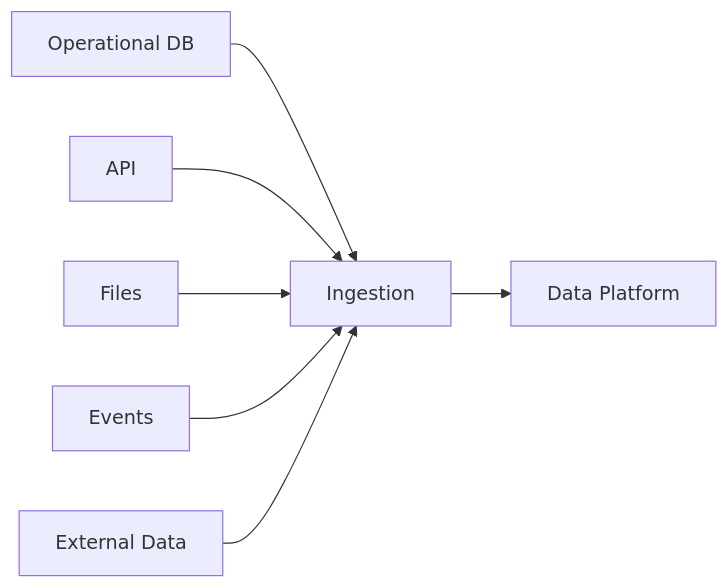
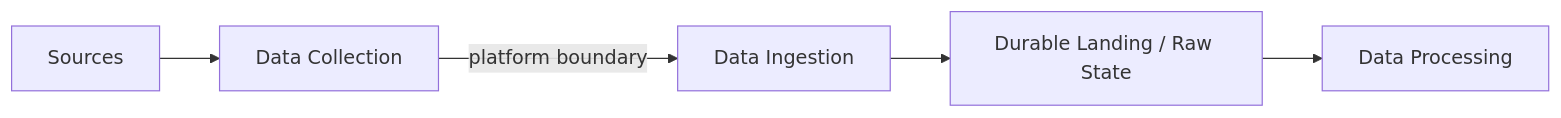
Before and after one commit to skitazaki/notes-with-ai: the diagram in content/docs/data/engineering/ingestion/_index.md, drawn with Mermaid. The commit also changed other lines of this file and 5 other files, not shown here.

Commit message:
Clarify data collection and ingestion boundaries

````diff
--- a/content/docs/data/engineering/ingestion/_index.md
+++ b/content/docs/data/engineering/ingestion/_index.md
@@ -11,9 +13,7 @@
 ```mermaid
 flowchart LR
-  DB["Operational DB"] --> Ingestion
-  API --> Ingestion
-  Files --> Ingestion
-  Events --> Ingestion
-  External["External Data"] --> Ingestion
-  Ingestion --> Platform["Data Platform"]
+  Sources["Sources"] --> Collection["Data Collection"]
+  Collection -->|"platform boundary"| Ingestion["Data Ingestion"]
+  Ingestion --> Landing["Durable Landing / Raw State"]
+  Landing --> Processing["Data Processing"]
 ```
````
